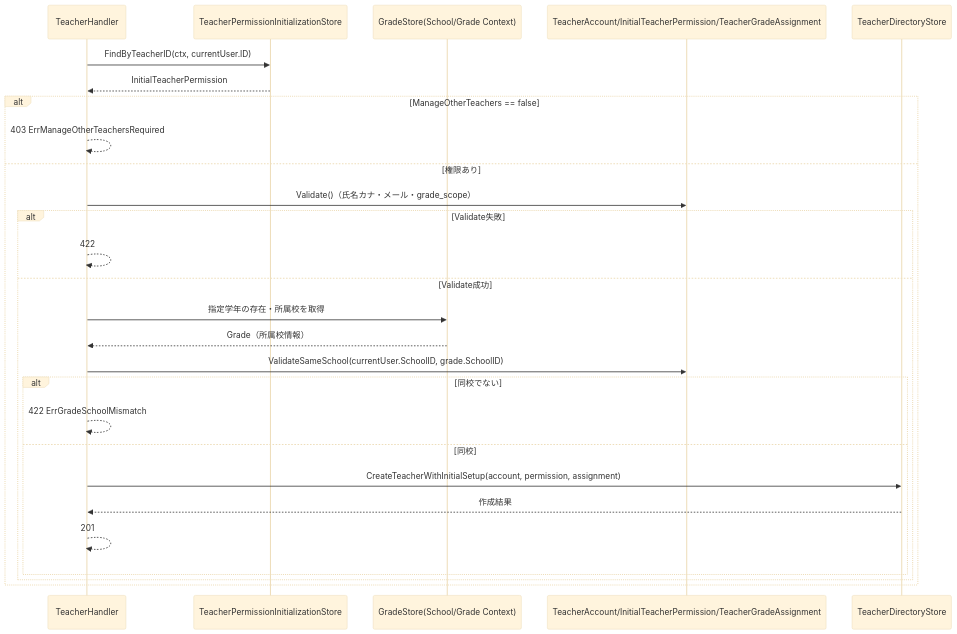
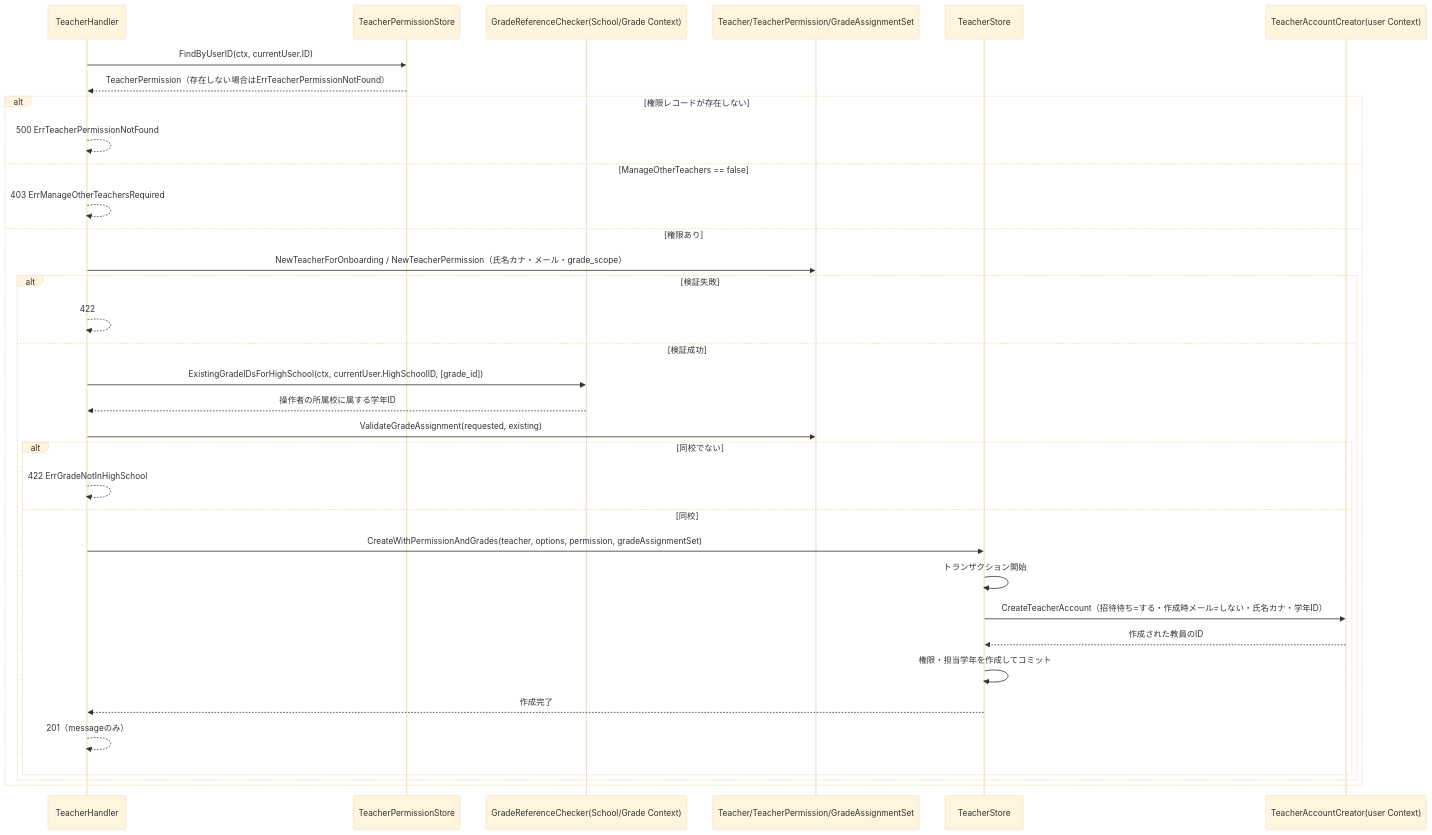
The second of 3 diagrams in 計画書/Go実装仕様書/教師教員管理機能_Go実装仕様書.md (yuta20253/edu-platform-go-design), drawn with Mermaid (base theme) before and after one commit. The commit also changed other lines of this file and 34 other files, not shown here.

````diff
--- a/計画書/Go実装仕様書/教師教員管理機能_Go実装仕様書.md
+++ b/計画書/Go実装仕様書/教師教員管理機能_Go実装仕様書.md
@@ -218,30 +242,37 @@
 ```mermaid
 sequenceDiagram
     participant H as TeacherHandler
-    participant PS as TeacherPermissionInitializationStore
-    participant GS as GradeStore(School/Grade Context)
-    participant TA as TeacherAccount/InitialTeacherPermission/TeacherGradeAssignment
-    participant DS as TeacherDirectoryStore
+    participant PS as TeacherPermissionStore
+    participant GC as GradeReferenceChecker(School/Grade Context)
+    participant M as Teacher/TeacherPermission/GradeAssignmentSet
+    participant TS as TeacherStore
+    participant UC as TeacherAccountCreator(user Context)
 
-    H->>PS: FindByTeacherID(ctx, currentUser.ID)
-    PS-->>H: InitialTeacherPermission
-    alt ManageOtherTeachers == false
+    H->>PS: FindByUserID(ctx, currentUser.ID)
+    PS-->>H: TeacherPermission（存在しない場合はErrTeacherPermissionNotFound）
+    alt 権限レコードが存在しない
+        H-->>H: 500 ErrTeacherPermissionNotFound
+    else ManageOtherTeachers == false
         H-->>H: 403 ErrManageOtherTeachersRequired
     else 権限あり
-        H->>TA: Validate()（氏名カナ・メール・grade_scope）
-        alt Validate失敗
+        H->>M: NewTeacherForOnboarding / NewTeacherPermission（氏名カナ・メール・grade_scope）
+        alt 検証失敗
             H-->>H: 422
-        else Validate成功
-            H->>GS: 指定学年の存在・所属校を取得
-            GS-->>H: Grade（所属校情報）
-            H->>TA: ValidateSameSchool(currentUser.SchoolID, grade.SchoolID)
+        else 検証成功
+            H->>GC: ExistingGradeIDsForHighSchool(ctx, currentUser.HighSchoolID, [grade_id])
+            GC-->>H: 操作者の所属校に属する学年ID
+            H->>M: ValidateGradeAssignment(requested, existing)
             alt 同校でない
-                H-->>H: 422 ErrGradeSchoolMismatch
+                H-->>H: 422 ErrGradeNotInHighSchool
             else 同校
-                H->>DS: CreateTeacherWithInitialSetup(account, permission, assignment)
-                DS-->>H: 作成結果
-                H-->>H: 201
+                H->>TS: CreateWithPermissionAndGrades(teacher, options, permission, gradeAssignmentSet)
+                TS->>TS: トランザクション開始
+                TS->>UC: CreateTeacherAccount（招待待ち=する・作成時メール=しない・氏名カナ・学年ID）
+                UC-->>TS: 作成された教員のID
+                TS->>TS: 権限・担当学年を作成してコミット
+                TS-->>H: 作成完了
+                H-->>H: 201（messageのみ）
             end
         end
     end
 ```
````
